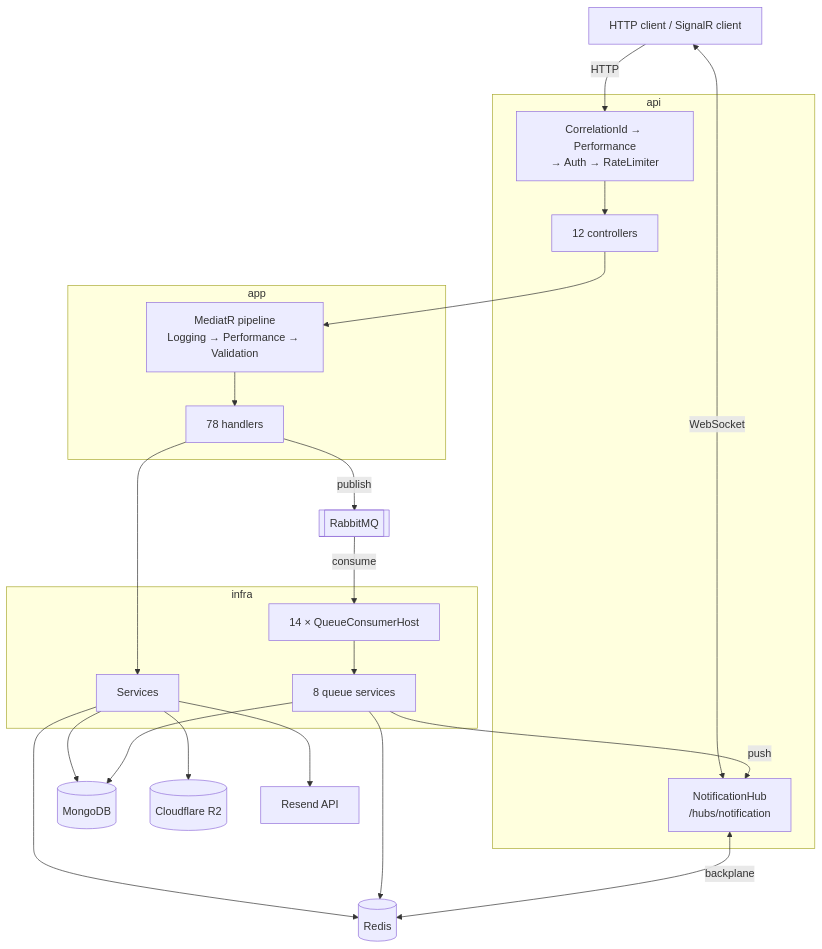
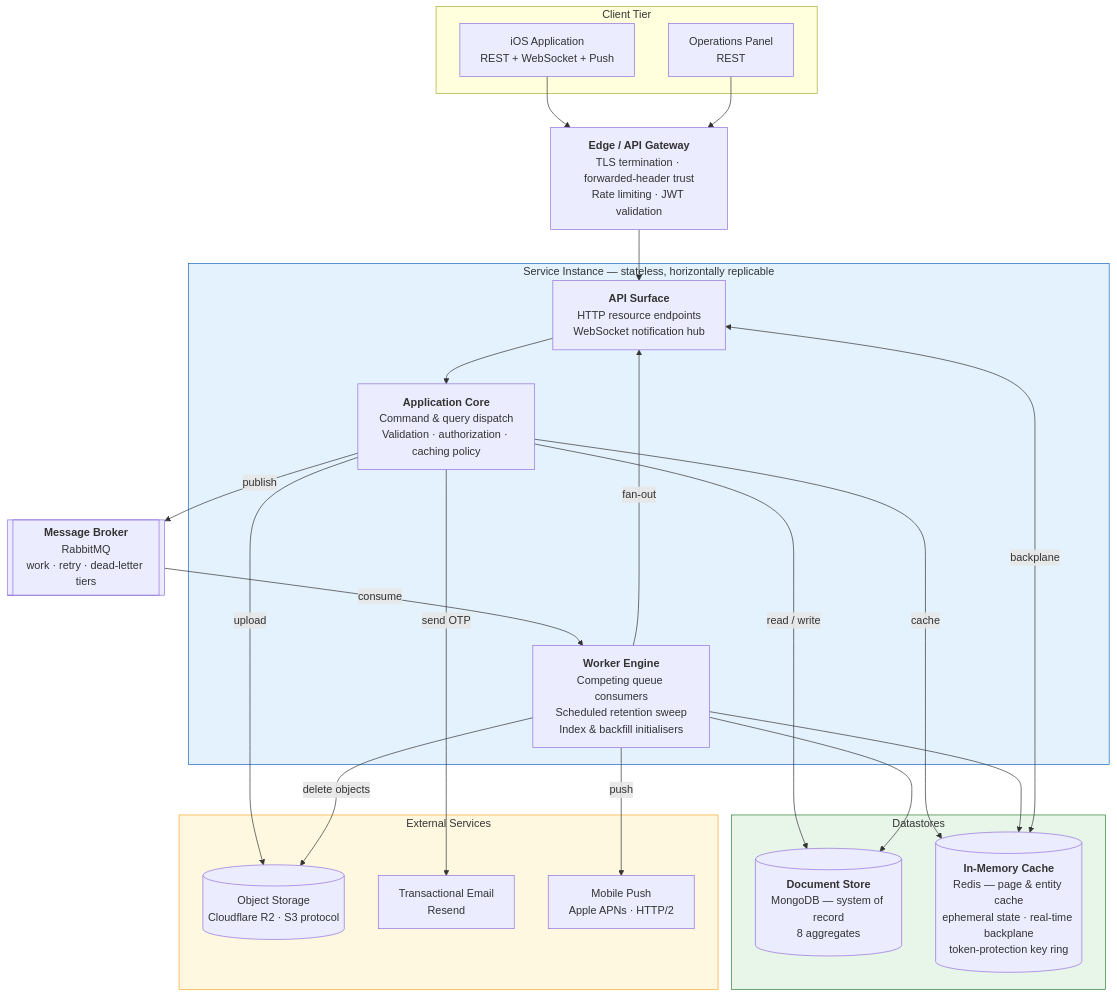
The first of 9 diagrams in doc/system-design.md (Datnguynx110605/Bump_Server), drawn with Mermaid before and after one commit. The commit also changed other lines of this file and 6 other files, not shown here.

Commit message:
docs: restructure into HLD, architecture spec and developer guide; correct stale source-of-truth counts across all documentation

````diff
--- a/doc/system-design.md
+++ b/doc/system-design.md
@@ -59,41 +75,51 @@
 ```mermaid
 graph TB
-    client["HTTP client / SignalR client"]
-
-    subgraph apiLayer["api"]
-        mw["CorrelationId → Performance<br/>→ Auth → RateLimiter"]
-        ctrl["12 controllers"]
-        hub["NotificationHub<br/>/hubs/notification"]
+    subgraph clients["Client Tier"]
+        ios["iOS Application<br/>REST + WebSocket + Push"]
+        admin["Operations Panel<br/>REST"]
     end
 
-    subgraph appLayer["app"]
-        pipe["MediatR pipeline<br/>Logging → Performance → Validation"]
-        handlers["78 handlers"]
+    edge["<b>Edge / API Gateway</b><br/>TLS termination · forwarded-header trust<br/>Rate limiting · JWT validation"]
+
+    subgraph service["Service Instance — stateless, horizontally replicable"]
+        surface["<b>API Surface</b><br/>HTTP resource endpoints<br/>WebSocket notification hub"]
+        core["<b>Application Core</b><br/>Command &amp; query dispatch<br/>Validation · authorization · caching policy"]
+        worker["<b>Worker Engine</b><br/>Competing queue consumers<br/>Scheduled retention sweep<br/>Index &amp; backfill initialisers"]
     end
 
-    subgraph infraLayer["infra"]
-        svc["Services"]
-        consumers["14 × QueueConsumerHost"]
-        qsvc["8 queue services"]
+    subgraph data["Datastores"]
+        mongo[("<b>Document Store</b><br/>MongoDB — system of record<br/>8 aggregates")]
+        redis[("<b>In-Memory Cache</b><br/>Redis — page &amp; entity cache<br/>ephemeral state · real-time backplane<br/>token-protection key ring")]
     end
 
-    mongo[("MongoDB")]
-    redis[("Redis")]
-    rabbit[["RabbitMQ"]]
-    r2[("Cloudflare R2")]
-    resend["Resend API"]
+    broker[["<b>Message Broker</b><br/>RabbitMQ<br/>work · retry · dead-letter tiers"]]
 
-    client -->|"HTTP"| mw --> ctrl --> pipe --> handlers
-    client <-->|"WebSocket"| hub
-    handlers --> svc
-    svc --> mongo
-    svc --> redis
-    svc --> r2
-    svc --> resend
-    handlers -->|"publish"| rabbit
-    rabbit -->|"consume"| consumers --> qsvc
-    qsvc --> mongo
-    qsvc --> redis
-    qsvc -->|"push"| hub
-    hub <-->|"backplane"| redis
+    subgraph saas["External Services"]
+        r2[("Object Storage<br/>Cloudflare R2 · S3 protocol")]
+        mail["Transactional Email<br/>Resend"]
+        apns["Mobile Push<br/>Apple APNs · HTTP/2"]
+    end
+
+    ios --> edge
+    admin --> edge
+    edge --> surface
+    surface --> core
+    core -->|"read / write"| mongo
+    core -->|"cache"| redis
+    core -->|"publish"| broker
+    core -->|"upload"| r2
+    core -->|"send OTP"| mail
+
+    broker -->|"consume"| worker
+    worker --> mongo
+    worker --> redis
+    worker -->|"delete objects"| r2
+    worker -->|"push"| apns
+    worker -->|"fan-out"| surface
+
+    surface <-->|"backplane"| redis
+
+    style service fill:#e3f2fd,stroke:#1565c0
+    style data fill:#e8f5e9,stroke:#2e7d32
+    style saas fill:#fff8e1,stroke:#f9a825
 ```
````
